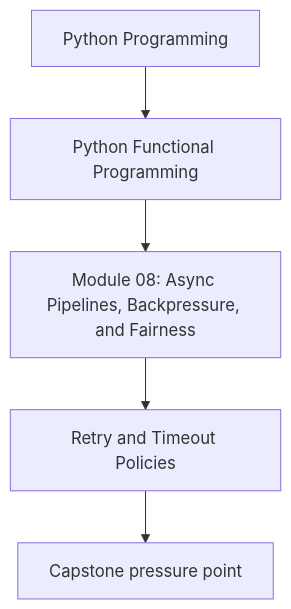
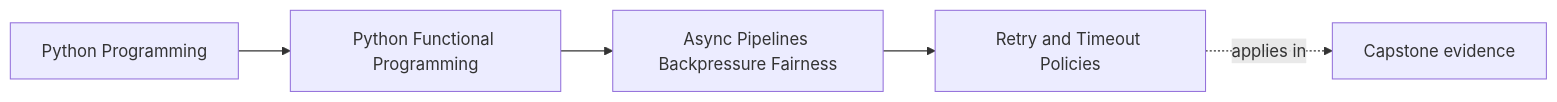
One commit to bijux/bijux-masterclass changed the first of 2 diagrams in programs/python-programming/python-functional-programming/course-book/module-08-async-pipelines-backpressure-fairness/retry-and-timeout-policies.md. Above: the diagram before and after it, drawn with Mermaid. The commit also changed other lines of this file and 108 other files, not shown here.

Commit message:
docs(python-functional-programming): map capstone and advanced design surfaces

````diff
--- a/programs/python-programming/python-functional-programming/course-book/module-08-async-pipelines-backpressure-fairness/retry-and-timeout-policies.md
+++ b/programs/python-programming/python-functional-programming/course-book/module-08-async-pipelines-backpressure-fairness/retry-and-timeout-policies.md
@@ -7,7 +7,11 @@
 ```mermaid
-flowchart TD
-  family["Python Programming"] --> program["Python Functional Programming"]
-  program --> module["Module 08: Async Pipelines, Backpressure, and Fairness"]
-  module --> concept["Retry and Timeout Policies"]
-  concept --> capstone["Capstone pressure point"]
+graph LR
+  family["Python Programming"]
+  program["Python Functional Programming"]
+  section["Async Pipelines Backpressure Fairness"]
+  page["Retry and Timeout Policies"]
+  capstone["Capstone evidence"]
+
+  family --> program --> section --> page
+  page -.applies in.-> capstone
 ```
````
